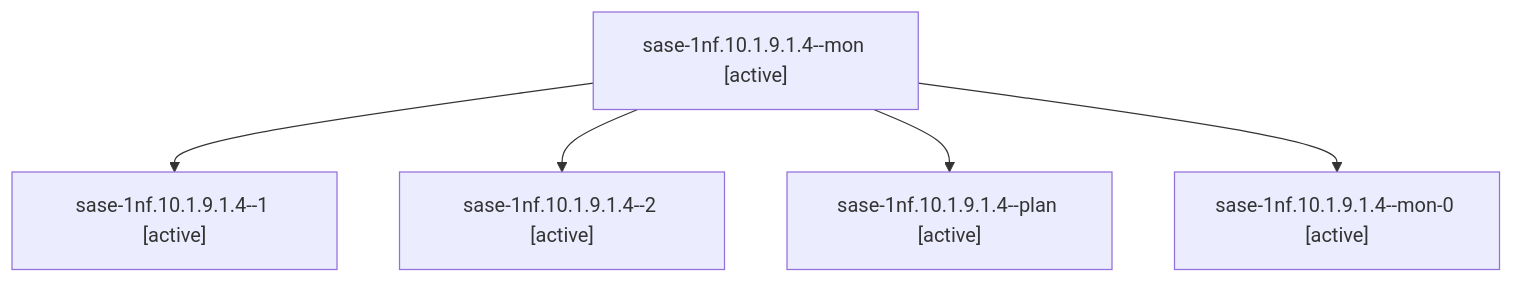
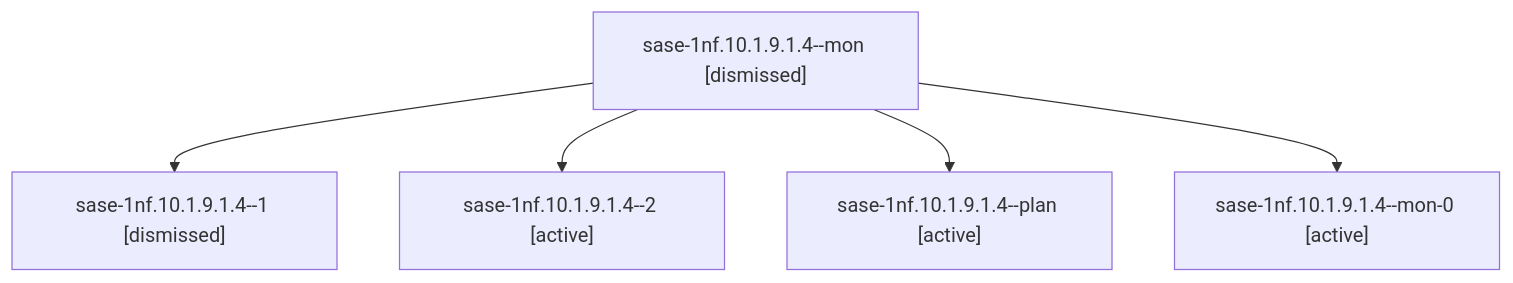
One commit to sase-org/sase--agents changed the diagram in sessions/bbugyi200.athena.sase-1nf.10.1.9.1.4.md. Above: the diagram before and after it, drawn with Mermaid. The commit also changed other lines of this file and 347 other files, not shown here.

````diff
--- a/sessions/bbugyi200.athena.sase-1nf.10.1.9.1.4.md
+++ b/sessions/bbugyi200.athena.sase-1nf.10.1.9.1.4.md
@@ -9,12 +9,12 @@
 ```mermaid
 flowchart TD
-  n0["sase-1nf.10.1.9.1.4--mon [active]"]
-  n1["sase-1nf.10.1.9.1.4--1 [active]"]
+  n0["sase-1nf.10.1.9.1.4--mon [dismissed]"]
+  n1["sase-1nf.10.1.9.1.4--1 [dismissed]"]
   n0 --> n1
   n2["sase-1nf.10.1.9.1.4--2 [active]"]
   n0 --> n2
   n3["sase-1nf.10.1.9.1.4--plan [active]"]
   n0 --> n3
   n4["sase-1nf.10.1.9.1.4--mon-0 [active]"]
   n0 --> n4
 ```
````
